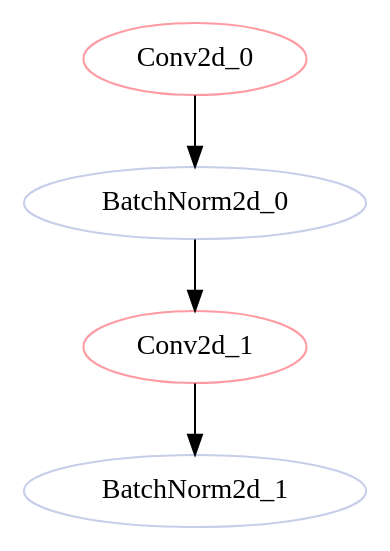
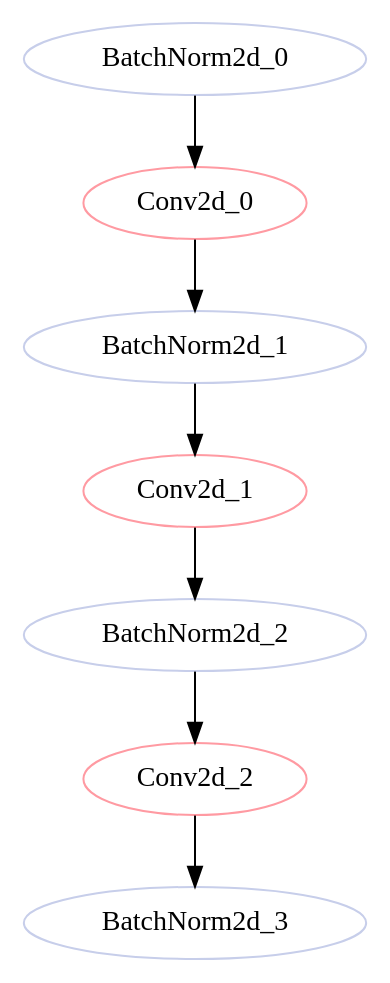
Before and after one commit to 11222-Meng/DNN_Bottlen_Layer_Analysis: the diagram in dags/mobilenet_v2_flops_features_13_conv_1_0_op.dot, drawn with Graphviz. The commit also changed 135 other files, not shown here.

```diff
--- a/dags/mobilenet_v2_flops_features_13_conv_1_0_op.dot
+++ b/dags/mobilenet_v2_flops_features_13_conv_1_0_op.dot
@@ -1,21 +1,36 @@
 strict digraph "" {
+	BatchNorm2d_0	[color="#C7CEEA",
+		layer_name="features.12.conv.3",
+		params=192,
+		type=BatchNorm2d];
 	Conv2d_0	[color="#FF9AA2",
+		layer_name="features.13.conv.0.0",
+		params=55296,
+		type=Conv2d];
+	BatchNorm2d_0 -> Conv2d_0;
+	BatchNorm2d_1	[color="#C7CEEA",
+		layer_name="features.13.conv.0.1",
+		params=1152,
+		type=BatchNorm2d];
+	Conv2d_0 -> BatchNorm2d_1;
+	Conv2d_1	[color="#FF9AA2",
 		layer_name="features.13.conv.1.0",
 		params=5184,
 		type=Conv2d];
-	BatchNorm2d_0	[color="#C7CEEA",
+	BatchNorm2d_1 -> Conv2d_1;
+	BatchNorm2d_2	[color="#C7CEEA",
 		layer_name="features.13.conv.1.1",
 		params=1152,
 		type=BatchNorm2d];
-	Conv2d_0 -> BatchNorm2d_0;
-	Conv2d_1	[color="#FF9AA2",
+	Conv2d_1 -> BatchNorm2d_2;
+	Conv2d_2	[color="#FF9AA2",
 		layer_name="features.13.conv.2",
 		params=55296,
 		type=Conv2d];
-	BatchNorm2d_0 -> Conv2d_1;
-	BatchNorm2d_1	[color="#C7CEEA",
+	BatchNorm2d_2 -> Conv2d_2;
+	BatchNorm2d_3	[color="#C7CEEA",
 		layer_name="features.13.conv.3",
 		params=192,
 		type=BatchNorm2d];
-	Conv2d_1 -> BatchNorm2d_1;
+	Conv2d_2 -> BatchNorm2d_3;
 }
```
